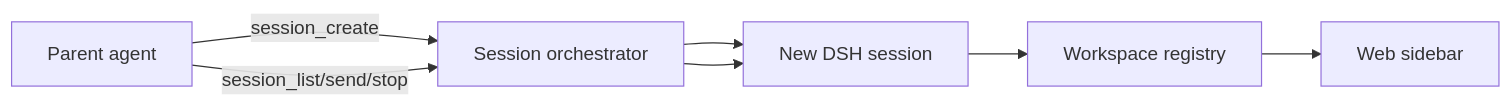
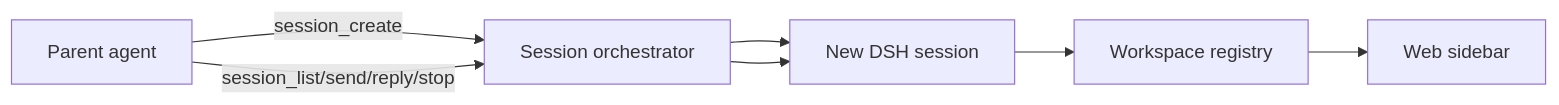
One commit to mouliangyu/dsh-plugins changed the diagram in packages/session-control/DESIGN.md. Above: the diagram before and after it, drawn with Mermaid. The commit also changed other lines of this file and 46 other files, not shown here.

````diff
--- a/packages/session-control/DESIGN.md
+++ b/packages/session-control/DESIGN.md
@@ -21,9 +21,9 @@
 ```mermaid
 flowchart LR
   A[Parent agent] -->|session_create| B[Session orchestrator]
   B --> C[New DSH session]
   C --> D[Workspace registry]
   D --> E[Web sidebar]
-  A -->|session_list/send/stop| B
+  A -->|session_list/send/reply/stop| B
   B --> C
 ```
````
